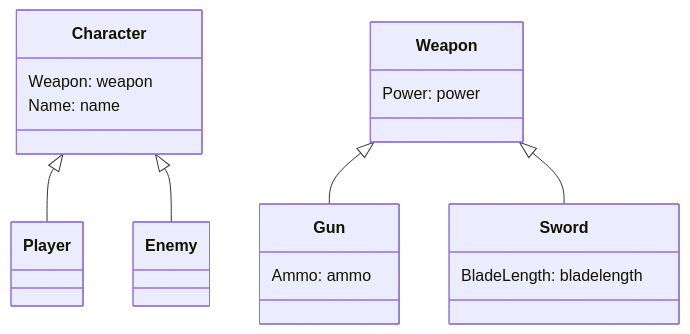
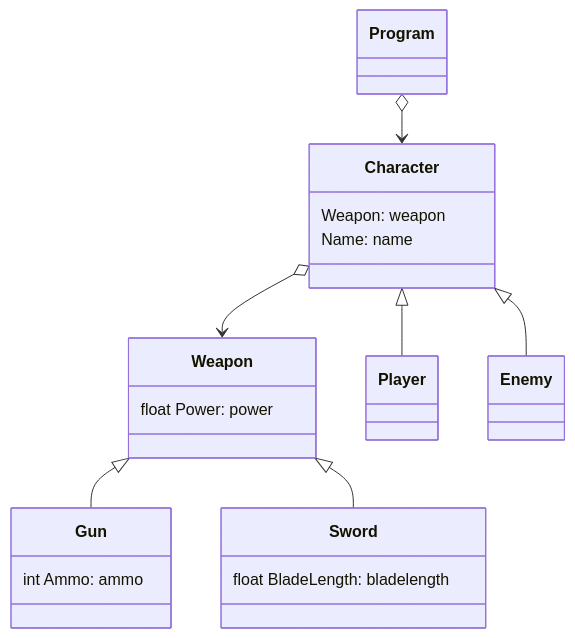
Before and after one commit to syndher/Lp1Semana08: the diagram in README.md, drawn with Mermaid. The commit also changed 6 other files, not shown here.

````diff
--- a/README.md
+++ b/README.md
@@ -3,29 +3,32 @@
 ```mermaid 
 
 classDiagram
     class Character{
         Weapon: weapon
         Name: name
     }
     class Weapon{
-        Power: power
+        float Power: power
     }
     class Sword{
-        BladeLength: bladelength
+        float BladeLength: bladelength
     }
     class Gun{
-        Ammo: ammo
+        int Ammo: ammo
     }
     class Player{
 
     }
     class Enemy{
         
     }
 
     Character <|-- Player
     Character <|-- Enemy
     Weapon  <|-- Gun
     Weapon  <|-- Sword
+    Character o--> Weapon
+    Program o--> Character
+
 
 ``` 
````
